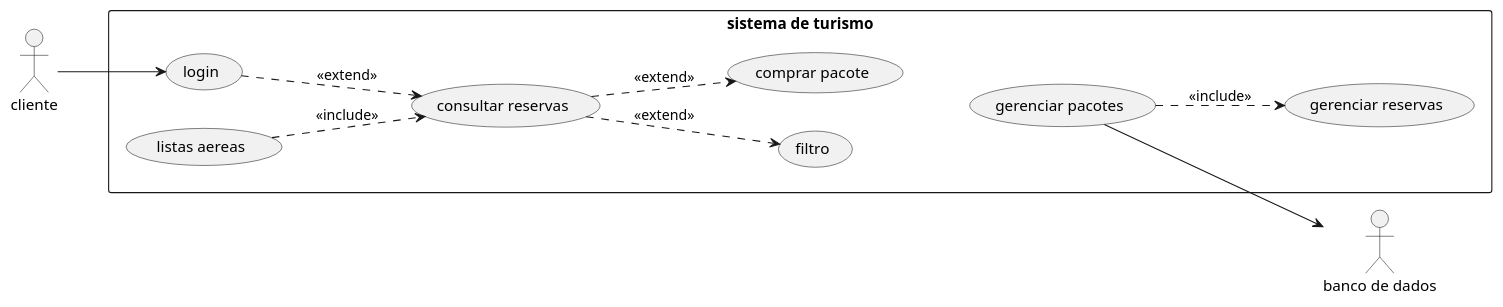
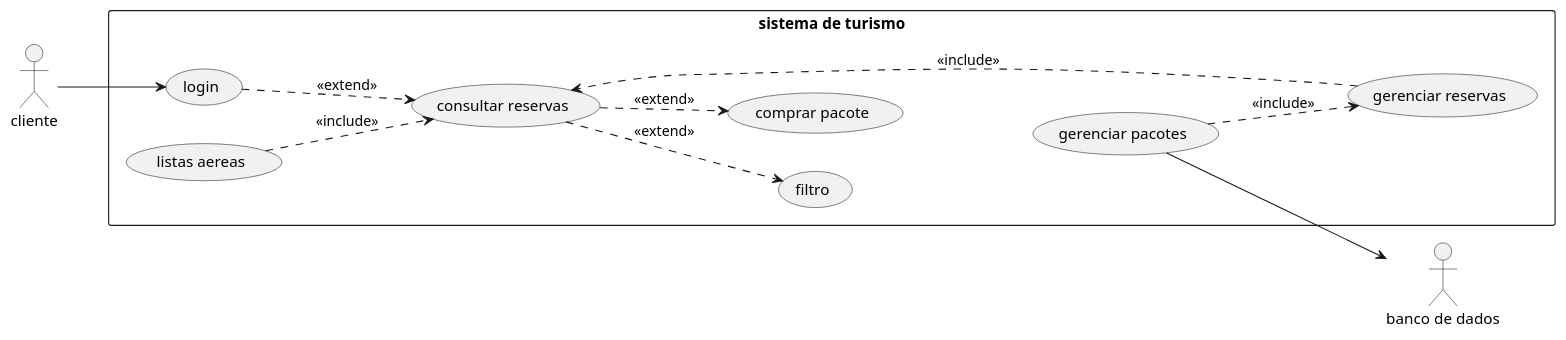
Before and after one commit to arthurstdourado/pdsi: the diagram in Empresa de turismo/diagrama de clases de uso empresa turismo.puml, drawn with PlantUML.

Commit message:
conectando casos de uso

```diff
--- a/Empresa de turismo/diagrama de clases de uso empresa turismo.puml
+++ b/Empresa de turismo/diagrama de clases de uso empresa turismo.puml
@@ -1,31 +1,32 @@
 @startuml diagrama empresa de turismo/site de viagens
 left to right direction
 ' definição de atores
 actor "cliente"
 actor "banco de dados" 
 ' fronteiras de sistema
 rectangle "sistema de turismo" {
   ' definição de casos de uso
   usecase "login" as UC1
   usecase "consultar reservas" as UC2
   usecase "listas aereas" as UC3
   usecase "filtro" as UC4
   usecase "comprar pacote" as UC5
   usecase "gerenciar reservas" as UC6
   usecase "gerenciar pacotes" as UC7
 
   ' relacionamentos entre casos de uso
     UC1 -.> UC2 : <<extend>>
     UC3 -.> UC2 : <<include>>
     UC2 -.> UC4 : <<extend>>
     UC2 -.> UC5 : <<extend>>
     UC7 -.> UC6 : <<include>>
     UC5 -[hidden]down-> UC7
+    UC6 -.> UC2 : <<include>>
 
 
 }
 
 ' associação entre atores e casos de uso
 cliente --> UC1
 UC7 --> "banco de dados"
 @enduml
```
